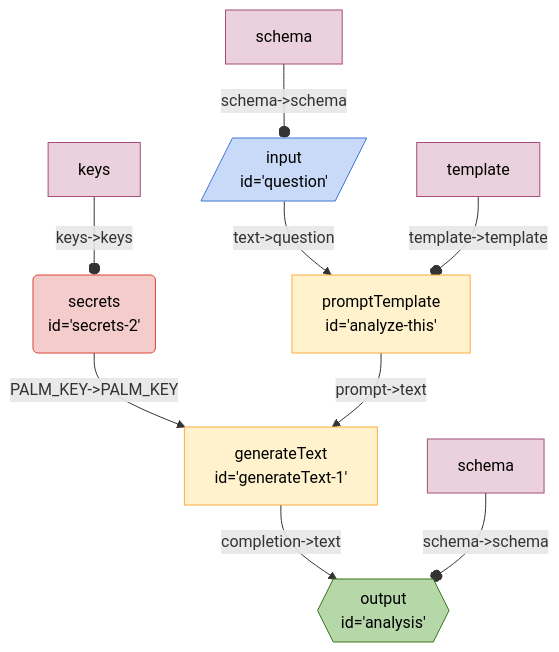
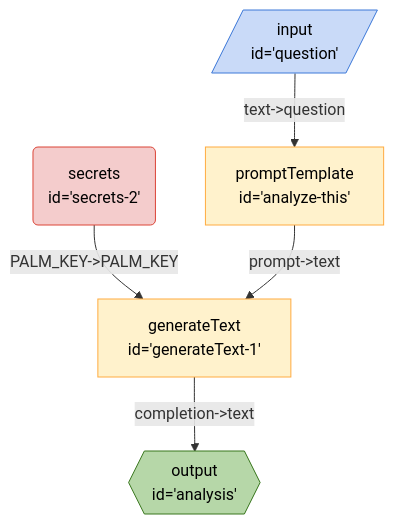
Before and after one commit to breadboard-ai/breadboard: the diagram in seeds/graph-playground/docs/graphs/simple-prompt.md, drawn with Mermaid. The commit also changed 30 other files, not shown here.

````diff
--- a/seeds/graph-playground/docs/graphs/simple-prompt.md
+++ b/seeds/graph-playground/docs/graphs/simple-prompt.md
@@ -5,20 +5,16 @@
   ```mermaid
   %%{init: 'themeVariables': { 'fontFamily': 'Fira Code, monospace' }}%%
 graph TD;
 secrets2("secrets <br> id='secrets-2'"):::secrets -- "PALM_KEY->PALM_KEY" --> generateText1["generateText <br> id='generateText-1'"]
 generateText1["generateText <br> id='generateText-1'"] -- "completion->text" --> analysis{{"output <br> id='analysis'"}}:::output
 analyzethis["promptTemplate <br> id='analyze-this'"] -- "prompt->text" --> generateText1["generateText <br> id='generateText-1'"]
 question[/"input <br> id='question'"/]:::input -- "text->question" --> analyzethis["promptTemplate <br> id='analyze-this'"]
-keyssecrets2[keys]:::config -- "keys->keys" --o secrets2
-schemaquestion[schema]:::config -- "schema->schema" --o question
-templateanalyzethis[template]:::config -- "template->template" --o analyzethis
-schemaanalysis[schema]:::config -- "schema->schema" --o analysis
 classDef default stroke:#ffab40,fill:#fff2ccff,color:#000
 classDef input stroke:#3c78d8,fill:#c9daf8ff,color:#000
 classDef output stroke:#38761d,fill:#b6d7a8ff,color:#000
 classDef passthrough stroke:#a64d79,fill:#ead1dcff,color:#000
 classDef slot stroke:#a64d79,fill:#ead1dcff,color:#000
 classDef config stroke:#a64d79,fill:#ead1dcff,color:#000
 classDef secrets stroke:#db4437,fill:#f4cccc,color:#000
 classDef slotted stroke:#a64d79
   ```
````
